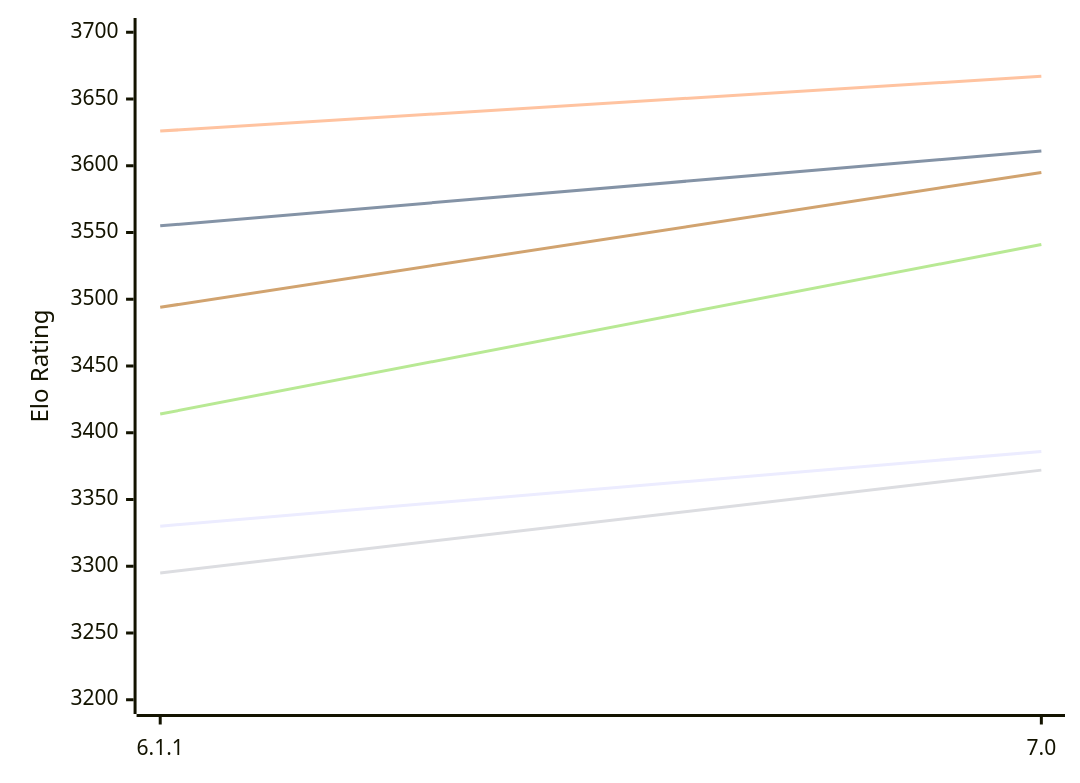
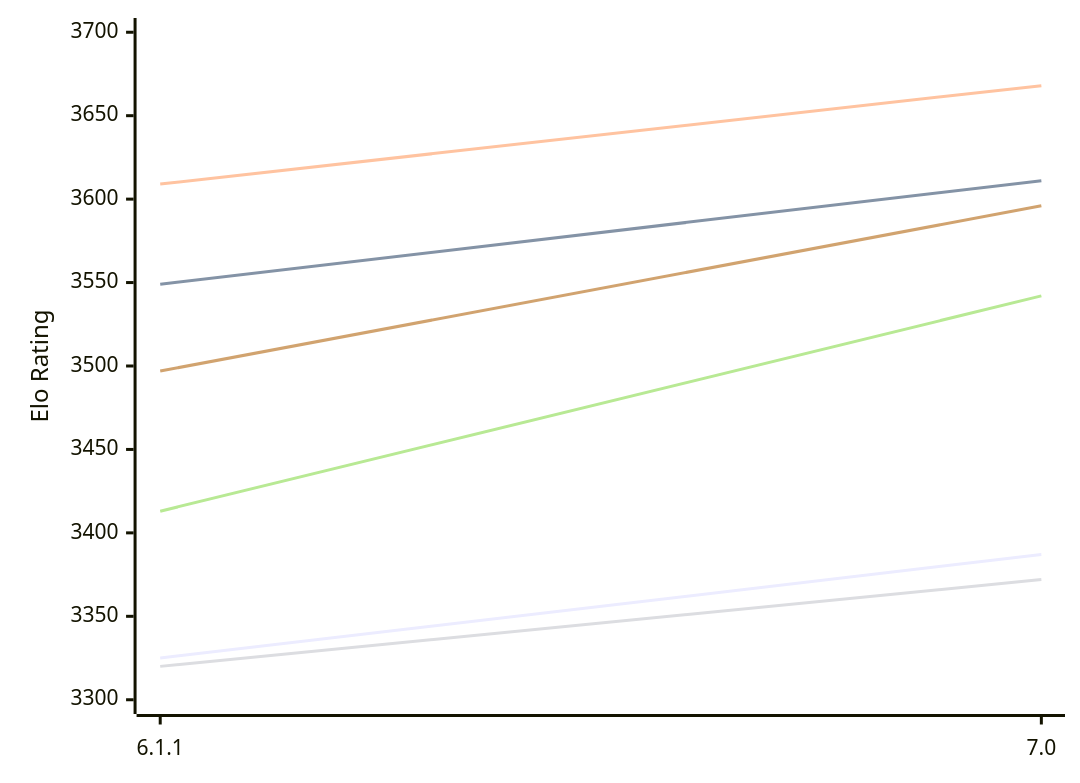
The first of 2 diagrams in engines/Astra.md (computer-chess-index/cci), drawn with Mermaid before and after one commit. The commit also changed other lines of this file, not shown here.

Commit message:
Update CCI Ratings (ELO VLTC) - 2026-11-17

````diff
--- a/engines/Astra.md
+++ b/engines/Astra.md
@@ -50,12 +50,12 @@
 ```mermaid
 %%{init: {"theme":"base","themeVariables":{"seriesColors:['#a3a3a3','#222221','#faa371']}}}%%
 xychart-beta
   x-axis ["6.1.1", "7.0"]
-  y-axis "Elo Rating" 3200 --> 3700
-  line "E1: STC (8.0+0.08s)" [3330, 3386]
-  line "E1: LTC (60.0+0.60s)" [3555, 3611]
-  line "E1: VLTC (2m24s+1.12s)" [3626, 3667]
-  line "P1: STC (8.0+0.08s)" [3295, 3372]
-  line "P1: LTC (60.0+0.60s)" [3414, 3541]
-  line "P1: VLTC (2m24s+1.12s)" [3494, 3595]
+  y-axis "Elo Rating" 3300 --> 3700
+  line "E1: STC (8.0+0.08s)" [3325, 3387]
+  line "E1: LTC (60.0+0.60s)" [3549, 3611]
+  line "E1: VLTC (2m24s+1.12s)" [3609, 3668]
+  line "P1: STC (8.0+0.08s)" [3320, 3372]
+  line "P1: LTC (60.0+0.60s)" [3413, 3542]
+  line "P1: VLTC (2m24s+1.12s)" [3497, 3596]
 ```
````
